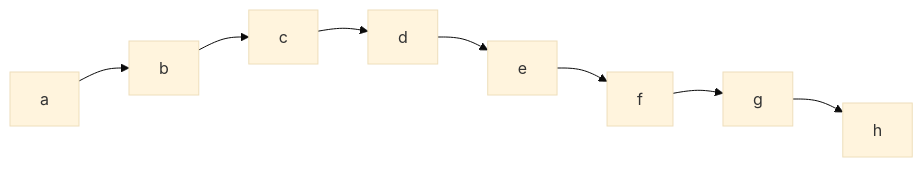
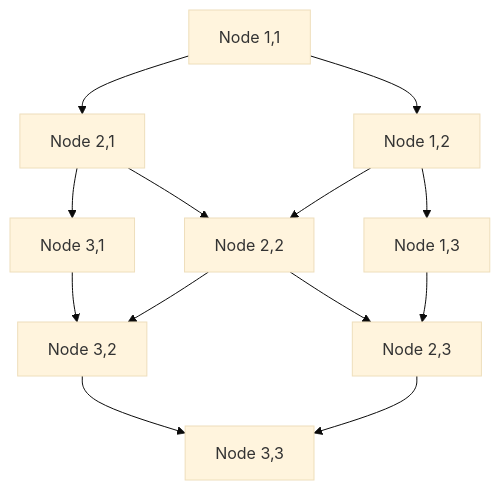
One commit to Asy508/Construction changed the third of 3 diagrams in Notebook/t-grid.md. Above: the diagram before and after it, drawn with Mermaid (base theme).

````diff
--- a/Notebook/t-grid.md
+++ b/Notebook/t-grid.md
@@ -64,22 +64,24 @@
 ```mermaid
-flowchart LR
-    %% Row 1: Left to Right
-    A[a] --> B[b] --> C[c]
+flowchart TD
+    %% Row 1
+    A1[Node 1,1] --> A2[Node 1,2]
+    A2 --> A3[Node 1,3]
+
+    %% Row 2
+    B1[Node 2,1] --> B2[Node 2,2]
+    B2 --> B3[Node 2,3]
+
+    %% Row 3
+    C1[Node 3,1] --> C2[Node 3,2]
+    C2 --> C3[Node 3,3]
+
+    %% Vertical Connections
+    A1 --> B1
+    B1 --> C1
     
-    %% Connection down to Row 2
-    C --> D[d]
+    A2 --> B2
+    B2 --> C2
     
-    %% Row 2: Right to Left visual flow
-    D --> E[e] --> F[f]
-    
-    %% Connection down to Row 3
-    F --> G[g]
-    
-    %% Row 3: Left to Right visual flow
-    G --> H[h]
-
-    %% Invisible alignment links to lock nodes into 3 strict columns
-    A ~~~ F ~~~ G
-    B ~~~ E ~~~ H
-    C ~~~ D
+    A3 --> B3
+    B3 --> C3
 ```
````
